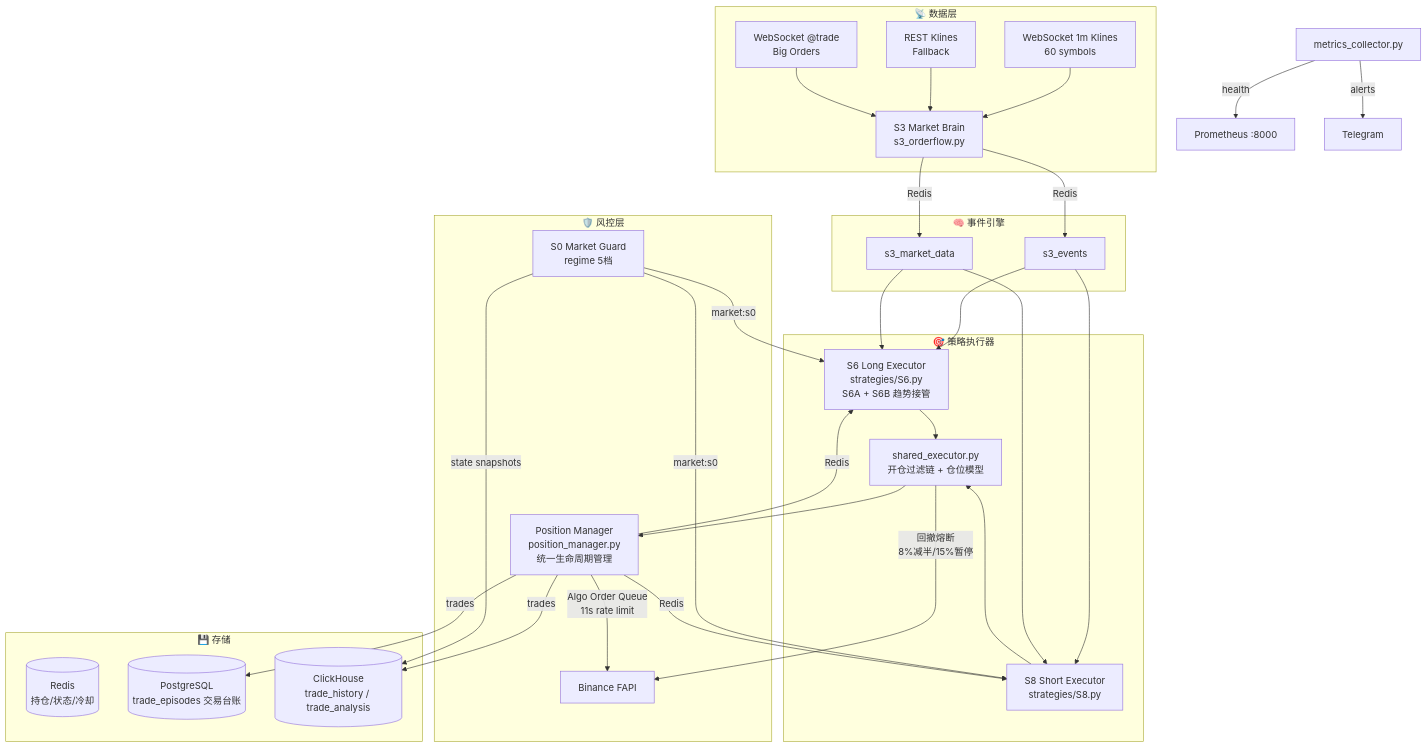
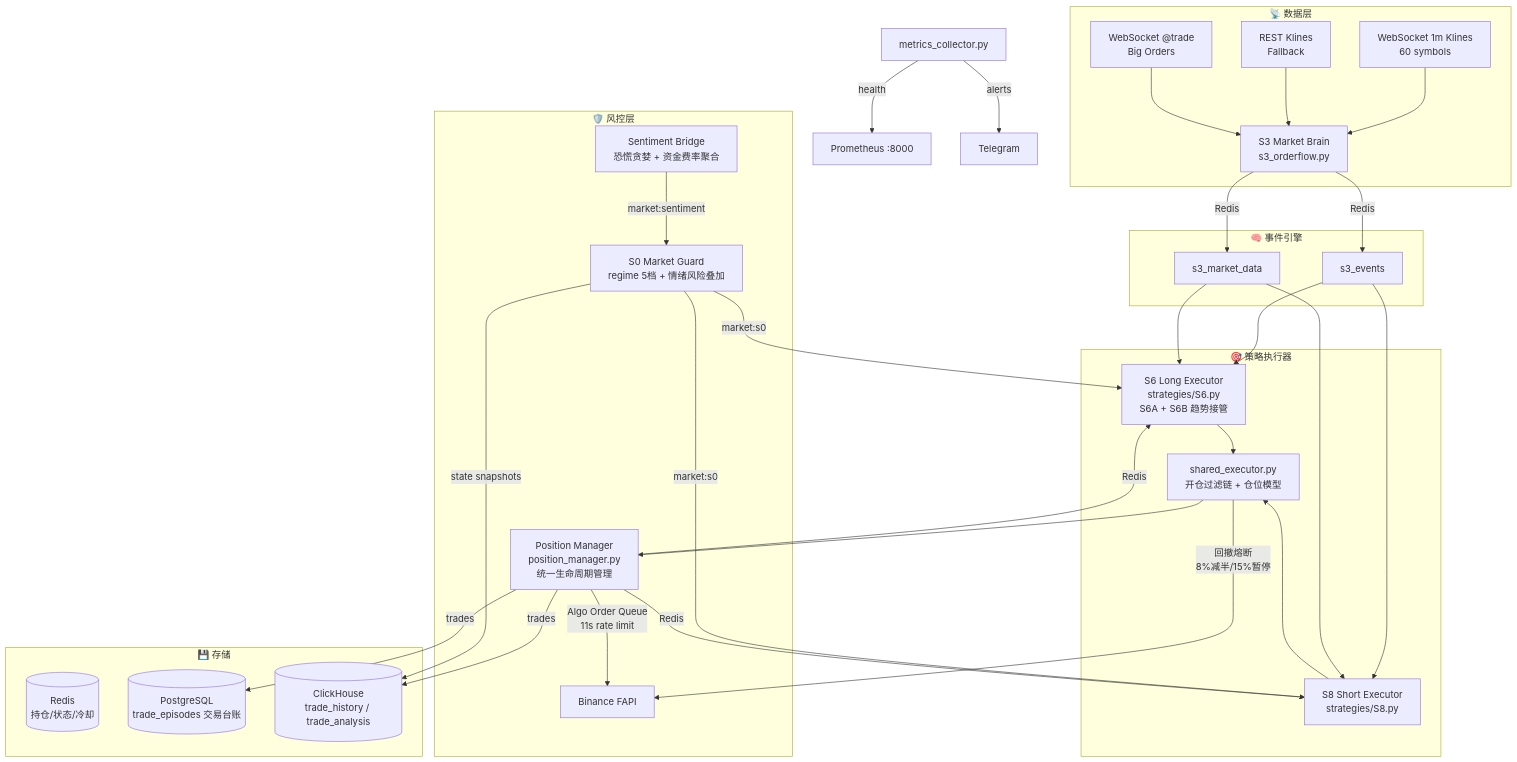
One commit to Anson-blip-xxx/trade_engine changed the diagram in README.md. Above: the diagram before and after it, drawn with Mermaid. The commit also changed other lines of this file, not shown here.

Commit message:
docs: reflect current architecture (sentiment overlay, env tag, service list)

````diff
--- a/README.md
+++ b/README.md
@@ -7,44 +7,45 @@
 ```mermaid
 graph TB
     subgraph Data["📡 数据层"]
         WS[WebSocket 1m Klines<br/>60 symbols] --> S3
         REST[REST Klines<br/>Fallback] --> S3
         WS2[WebSocket @trade<br/>Big Orders] --> S3
     end
 
     subgraph Brain["🧠 事件引擎"]
         S3[S3 Market Brain<br/>s3_orderflow.py] -->|Redis| EVENTS[s3_events]
         S3 -->|Redis| MARKET[s3_market_data]
     end
 
     subgraph Strategies["🎯 策略执行器"]
         EVENTS --> S6[S6 Long Executor<br/>strategies/S6.py<br/>S6A + S6B 趋势接管]
         EVENTS --> S8[S8 Short Executor<br/>strategies/S8.py]
         MARKET --> S6
         MARKET --> S8
         S6 --> SHARED[shared_executor.py<br/>开仓过滤链 + 仓位模型]
         S8 --> SHARED
     end
 
     subgraph Risk["🛡️ 风控层"]
-        S0[S0 Market Guard<br/>regime 5档] -->|market:s0| S6
+        SENT[Sentiment Bridge<br/>恐慌贪婪 + 资金费率聚合] -->|market:sentiment| S0
+        S0[S0 Market Guard<br/>regime 5档 + 情绪风险叠加] -->|market:s0| S6
         S0 -->|market:s0| S8
         SHARED -->|回撤熔断<br/>8%减半/15%暂停| BINANCE
         PM[Position Manager<br/>position_manager.py<br/>统一生命周期管理] -->|Redis| S6
         PM -->|Redis| S8
         PM -->|Algo Order Queue<br/>11s rate limit| BINANCE[Binance FAPI]
     end
 
     subgraph Storage["💾 存储"]
         REDIS[(Redis<br/>持仓/状态/冷却)]
         PG[(PostgreSQL<br/>trade_episodes 交易台账)]
         CH[(ClickHouse<br/>trade_history / trade_analysis)]
     end
 
     SHARED --> PM
     PM -->|trades| PG
     PM -->|trades| CH
     S0 -->|state snapshots| CH
     MONITOR[metrics_collector.py] -->|health| PROM[Prometheus :8000]
     MONITOR -->|alerts| TG[Telegram]
 ```
````
